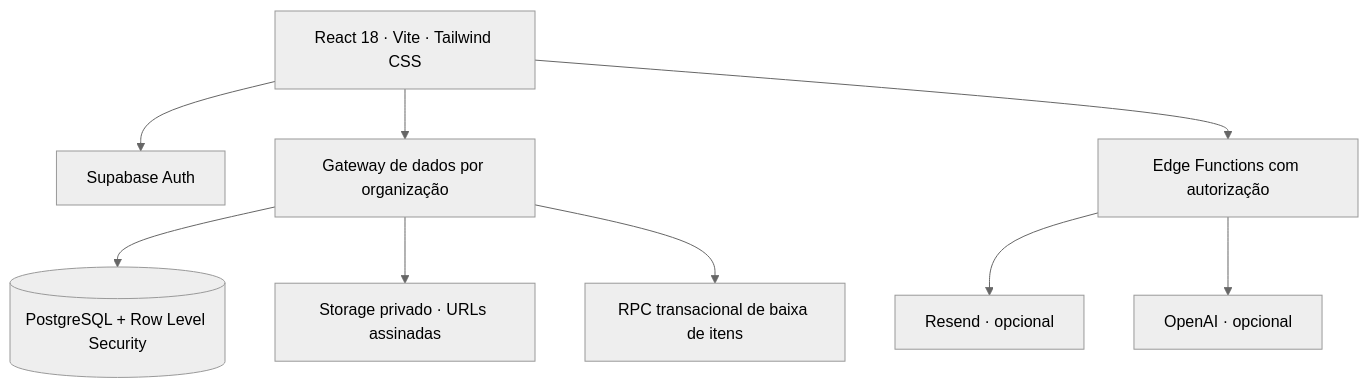
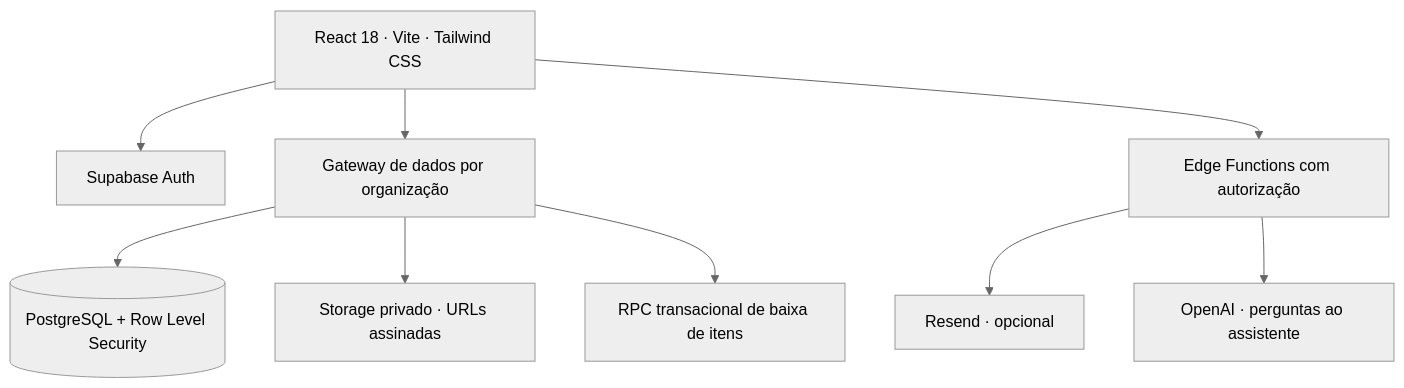
One commit to WalterMatheusgg/Licits changed the diagram in README.md. Above: the diagram before and after it, drawn with Mermaid (neutral theme). The commit also changed other lines of this file and 31 other files, not shown here.

```diff
--- a/README.md
+++ b/README.md
@@ -63,11 +63,11 @@
 ~~~mermaid
 flowchart TD
     UI["React 18 · Vite · Tailwind CSS"] --> AUTH["Supabase Auth"]
     UI --> GATE["Gateway de dados por organização"]
     GATE --> DB[("PostgreSQL + Row Level Security")]
     GATE --> STORAGE["Storage privado · URLs assinadas"]
     GATE --> RPC["RPC transacional de baixa de itens"]
     UI --> EDGE["Edge Functions com autorização"]
     EDGE --> EMAIL["Resend · opcional"]
-    EDGE --> IA["OpenAI · opcional"]
+    EDGE --> IA["OpenAI · perguntas ao assistente"]
 ~~~
```
